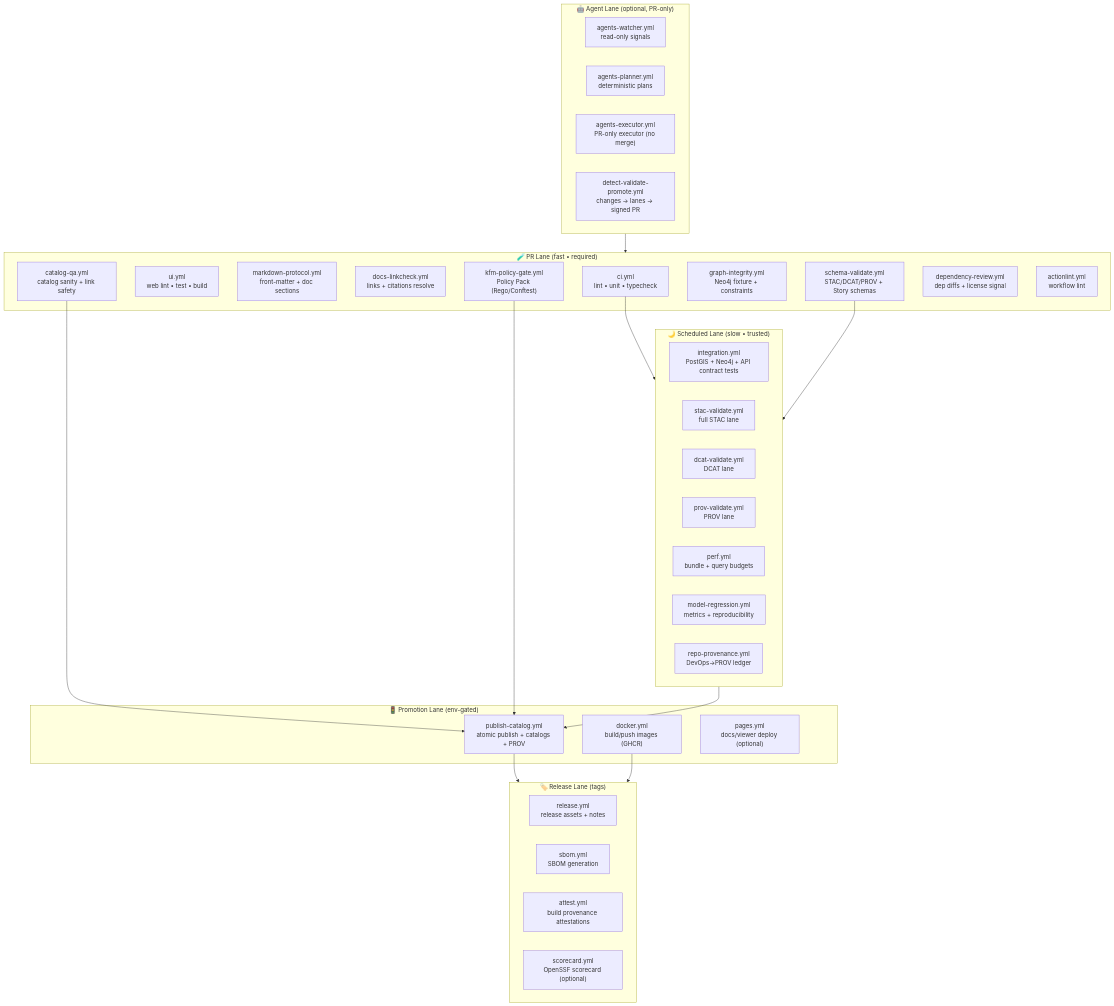
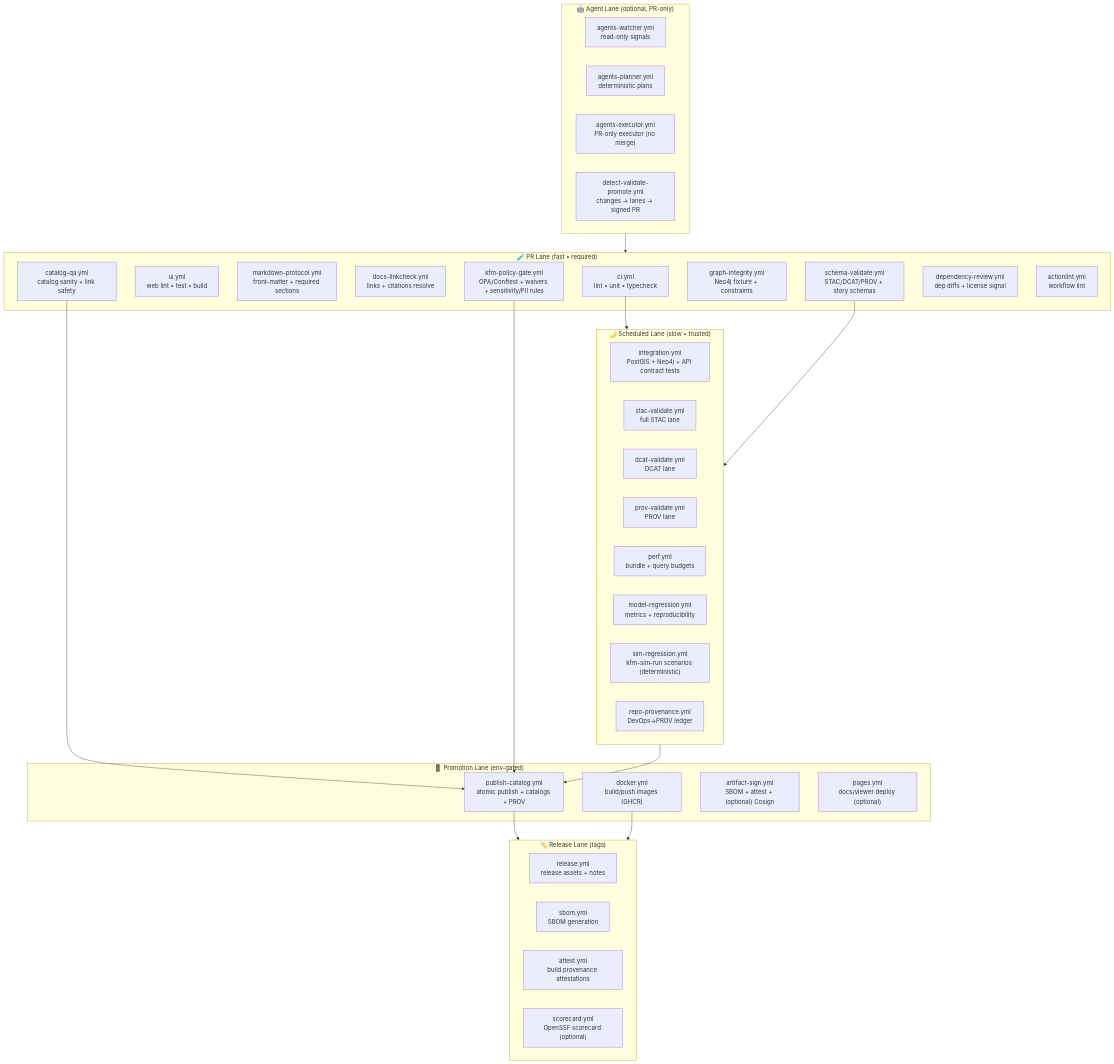
Before and after one commit to bartytime4life/Kansas-Frontier-Matrix: the first of 2 diagrams in .github/workflows/README.md, drawn with Mermaid. The commit also changed other lines of this file, not shown here.

````diff
--- a/.github/workflows/README.md
+++ b/.github/workflows/README.md
@@ -123,54 +124,56 @@
 ```mermaid
 flowchart TB
   subgraph PR["🧪 PR Lane (fast • required)"]
     PR1["ci.yml<br/>lint • unit • typecheck"]
     PR2["ui.yml<br/>web lint • test • build"]
-    PR3["markdown-protocol.yml<br/>front-matter + doc sections"]
+    PR3["markdown-protocol.yml<br/>front-matter + required sections"]
     PR4["docs-linkcheck.yml<br/>links + citations resolve"]
-    PR5["schema-validate.yml<br/>STAC/DCAT/PROV + Story schemas"]
+    PR5["schema-validate.yml<br/>STAC/DCAT/PROV + story schemas"]
     PR6["catalog-qa.yml<br/>catalog sanity + link safety"]
     PR7["graph-integrity.yml<br/>Neo4j fixture + constraints"]
-    PR8["kfm-policy-gate.yml<br/>Policy Pack (Rego/Conftest)"]
+    PR8["kfm-policy-gate.yml<br/>OPA/Conftest + waivers + sensitivity/PII rules"]
     PR9["dependency-review.yml<br/>dep diffs + license signal"]
     PR10["actionlint.yml<br/>workflow lint"]
   end
 
   subgraph SCHEDULE["🌙 Scheduled Lane (slow • trusted)"]
     N1["integration.yml<br/>PostGIS + Neo4j + API contract tests"]
     N2["stac-validate.yml<br/>full STAC lane"]
     N3["dcat-validate.yml<br/>DCAT lane"]
     N4["prov-validate.yml<br/>PROV lane"]
     N5["perf.yml<br/>bundle + query budgets"]
     N6["model-regression.yml<br/>metrics + reproducibility"]
-    N7["repo-provenance.yml<br/>DevOps→PROV ledger"]
+    N7["sim-regression.yml<br/>kfm-sim-run scenarios (deterministic)"]
+    N8["repo-provenance.yml<br/>DevOps→PROV ledger"]
   end
 
   subgraph PROMOTE["🚦 Promotion Lane (env-gated)"]
     P1["publish-catalog.yml<br/>atomic publish + catalogs + PROV"]
     P2["docker.yml<br/>build/push images (GHCR)"]
-    P3["pages.yml<br/>docs/viewer deploy (optional)"]
+    P3["artifact-sign.yml<br/>SBOM + attest + (optional) Cosign"]
+    P4["pages.yml<br/>docs/viewer deploy (optional)"]
   end
 
   subgraph RELEASE["🏷️ Release Lane (tags)"]
     R1["release.yml<br/>release assets + notes"]
     R2["sbom.yml<br/>SBOM generation"]
     R3["attest.yml<br/>build provenance attestations"]
     R4["scorecard.yml<br/>OpenSSF scorecard (optional)"]
   end
 
   subgraph AGENTS["🤖 Agent Lane (optional, PR-only)"]
     A1["agents-watcher.yml<br/>read-only signals"]
     A2["agents-planner.yml<br/>deterministic plans"]
     A3["agents-executor.yml<br/>PR-only executor (no merge)"]
     A4["detect-validate-promote.yml<br/>changes → lanes → signed PR"]
   end
 
   PR1 --> SCHEDULE
   PR5 --> SCHEDULE
   PR6 --> P1
   PR8 --> P1
   SCHEDULE --> P1
   P1 --> RELEASE
   P2 --> RELEASE
   AGENTS --> PR
 ```
````
